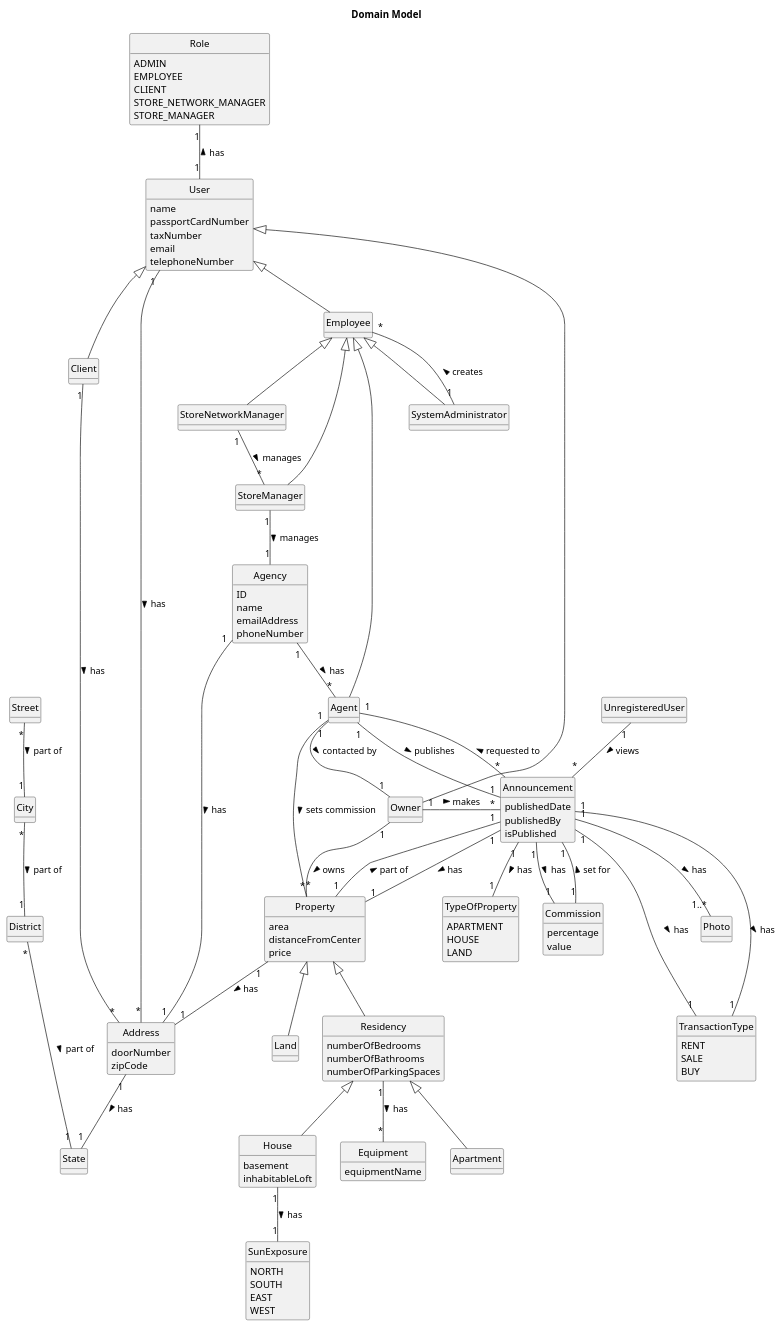
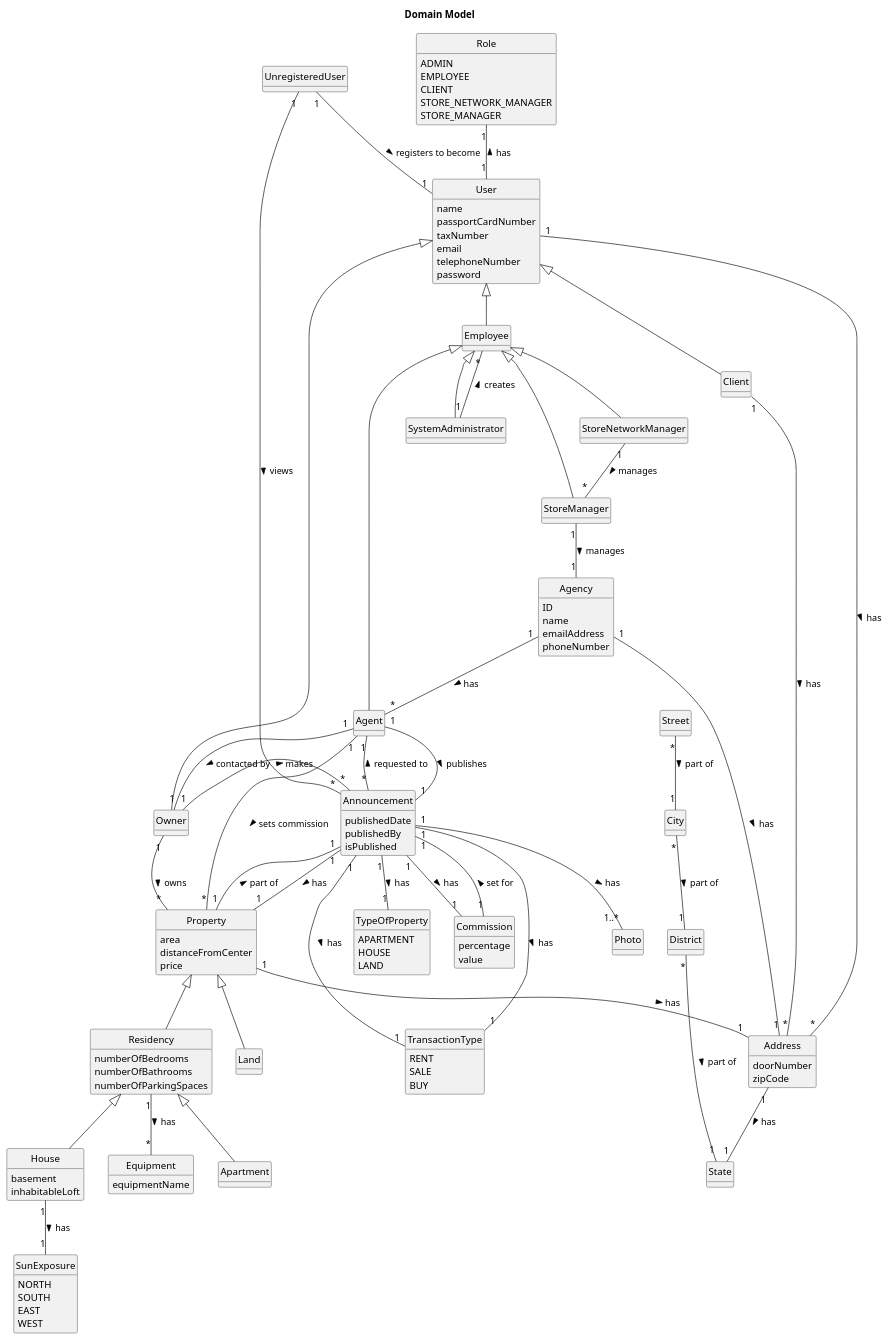
One commit to Goncalves2525/real-estate-management-system changed the diagram in docs/sprintB/global-artifacts/02.analysis/puml/project-domain-model.puml. Above: the diagram before and after it, drawn with PlantUML. The commit also changed 26 other files, not shown here.

```diff
--- a/docs/sprintB/global-artifacts/02.analysis/puml/project-domain-model.puml
+++ b/docs/sprintB/global-artifacts/02.analysis/puml/project-domain-model.puml
@@ -1,172 +1,174 @@
 @startuml
 skinparam monochrome true
 skinparam packageStyle rectangle
 skinparam shadowing false
 skinparam classAttributeIconSize 0
 'skinparam linetype ortho
 hide circle
 hide methods
 
 title Domain Model
 
 class Client extends User{
 }
 
 class Owner extends User {
 }
 
 class Employee extends User{
 }
 
 class Agent extends Employee{
 }
 
 class User{
     name
     passportCardNumber
     taxNumber
     email
     telephoneNumber
+    password
 }
 
 class Agency{
     ID
     name
     emailAddress
     phoneNumber
 }
 
 class Property{
     area
     distanceFromCenter
     price
 }
 
 class Photo {
 }
 
 class Address{
     doorNumber
     zipCode
 }
 
 class Street{
 }
 
 class City{
 }
 
 class District{
 }
 
 class State{
 }
 
 class Apartment extends Residency{
 }
 
 class House extends Residency{
     basement
     inhabitableLoft
 }
 
 class Residency extends Property{
     numberOfBedrooms
     numberOfBathrooms
     numberOfParkingSpaces
 
 }
 
 class Announcement{
     publishedDate
     publishedBy
     isPublished
 }
 
 class Commission{
     percentage
     value
 }
 
 class TypeOfProperty{
     APARTMENT
     HOUSE
     LAND
 }
 
 class Land extends Property{
 }
 
 class Equipment{
     equipmentName
 }
 
 class Role{
 ADMIN
 EMPLOYEE
 CLIENT
 STORE_NETWORK_MANAGER
 STORE_MANAGER
 }
 
 class SystemAdministrator extends Employee{
 }
 
 class StoreManager extends Employee{
 }
 
 class StoreNetworkManager extends Employee{
 }
 
 class SunExposure{
 NORTH
 SOUTH
 EAST
 WEST
 }
 
 class TransactionType{
 RENT
 SALE
 BUY
 }
 
 class UnregisteredUser{
 }
 
 'class Request{
 '}
 
+UnregisteredUser "1" -- "1" User : registers to become >
 Agent "1" -- "1" Announcement: publishes >
 Announcement "1" -- "1" TypeOfProperty: has >
 StoreNetworkManager "1" -- "*" StoreManager: manages >
 Agency "1" -- "*" Agent: has >
 SystemAdministrator "1" -- "*" Employee: creates >
 Role "1" -- "1" User: has <
 Agent "1" -- "1" Owner : contacted by >
 Agent "1" - "*" Property: sets commission >
 Owner "1" -- "*" Property: owns >
 Owner "1" - "*" Announcement: makes >
 Announcement "*" -- "1" Agent: requested to >
 Announcement "1" - "1" Property: has >
 Announcement "1" -- "1" TransactionType: has >
 Address "1" -- "1" State : has >
 City "*" -- "1" District : part of >
 Street "*" -- "1" City : part of >
 District "*" --- "1" State : part of >
 Client "1" -- "*" Address: has >
 Announcement "1" -- "1..*" Photo: has >
 Announcement "1" -- "1" Commission: set for <
 Residency "1" -- "*" Equipment: has >
 Announcement "1" -- "1" Property: part of <
 User "1" -- "*" Address: has >
 Property "1" -- "1" Address: has >
 Announcement "1" -- "1" Commission : has >
 StoreManager "1" -- "1" Agency: manages >
 House "1" -- "1" SunExposure: has >
 Announcement "1" --- "1" TransactionType: has >
 Agency "1" -- "1" Address: has >
 UnregisteredUser "1" -- "*" Announcement: views >
 
 
 @enduml
```
